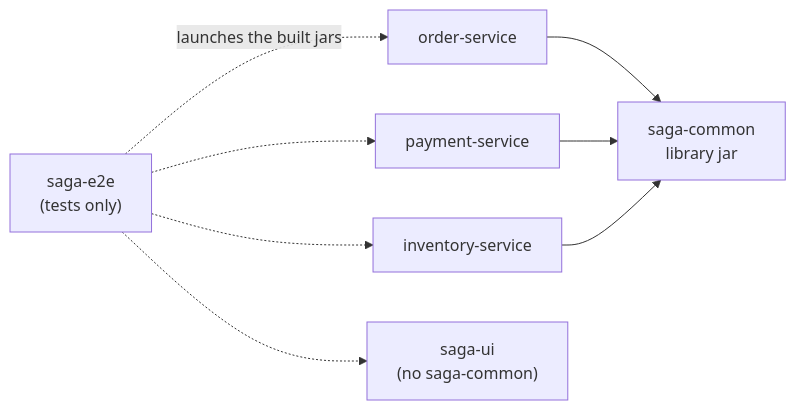
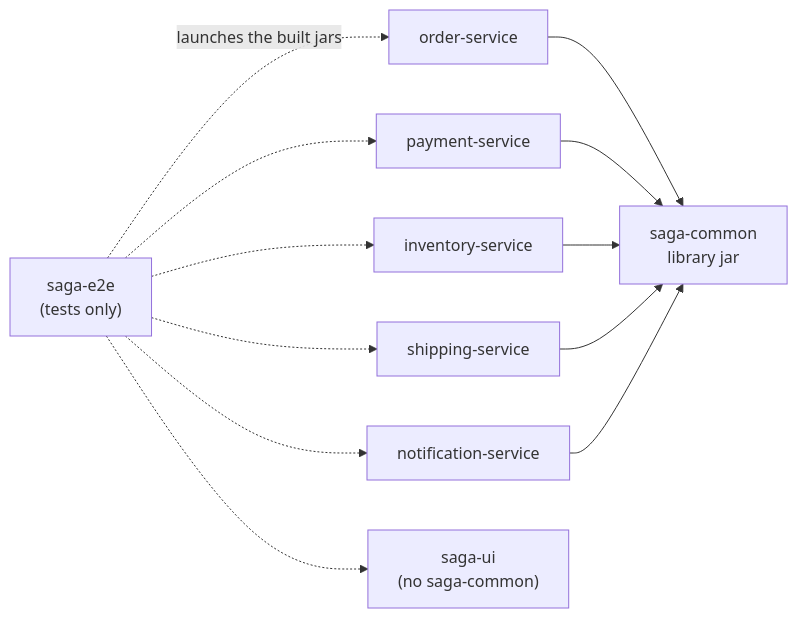
The diagram in docs/CODEBASE.md (srikanthkaushik/saga), drawn with Mermaid before and after one commit. The commit also changed other lines of this file and 8 other files, not shown here.

First line of the commit message:
Docs: shipping and notification services, pivot and reverse-order compensation, choreography

````diff
--- a/docs/CODEBASE.md
+++ b/docs/CODEBASE.md
@@ -17,10 +17,12 @@
 ```mermaid
 flowchart LR
     common[saga-common<br/>library jar]
     order[order-service] --> common
     payment[payment-service] --> common
     inventory[inventory-service] --> common
+    shipping[shipping-service] --> common
+    notification[notification-service] --> common
     ui["saga-ui<br/>(no saga-common)"]
     e2e["saga-e2e<br/>(tests only)"] -.->|launches the built jars| order
-    e2e -.-> payment & inventory & ui
+    e2e -.-> payment & inventory & shipping & notification & ui
 ```
````
